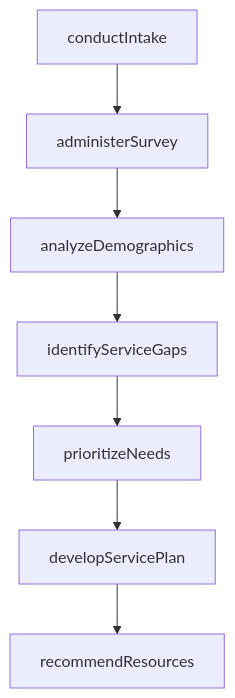
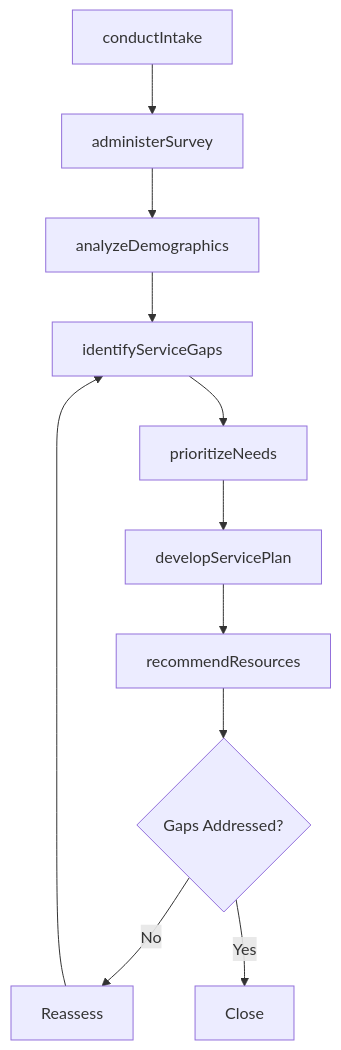
The third of 4 diagrams in JudgingTheQualitiesOfObjectsServicesOrPeople/AssessLivingWorkOrSocialNeedsOrStatusOfIndividualsOrCommunities/AssessIndividualCommunityNeedsEducational.mdx (dot-org-ai/tasks.org.ai), drawn with Mermaid before and after one commit. The commit also changed other lines of this file and 266 other files, not shown here.

First line of the commit message:
feat: Add ER diagrams, state diagrams to wave 2 batch (251 DWA files)

````diff
--- a/JudgingTheQualitiesOfObjectsServicesOrPeople/AssessLivingWorkOrSocialNeedsOrStatusOfIndividualsOrCommunities/AssessIndividualCommunityNeedsEducational.mdx
+++ b/JudgingTheQualitiesOfObjectsServicesOrPeople/AssessLivingWorkOrSocialNeedsOrStatusOfIndividualsOrCommunities/AssessIndividualCommunityNeedsEducational.mdx
@@ -86,9 +113,13 @@
 ```mermaid
 graph TD
     A[conductIntake] --> B[administerSurvey]
     B --> C[analyzeDemographics]
     C --> D[identifyServiceGaps]
     D --> E[prioritizeNeeds]
     E --> F[developServicePlan]
     F --> G[recommendResources]
+    G --> H{Gaps Addressed?}
+    H -->|No| I[Reassess]
+    I --> D
+    H -->|Yes| J[Close]
 ```
````
